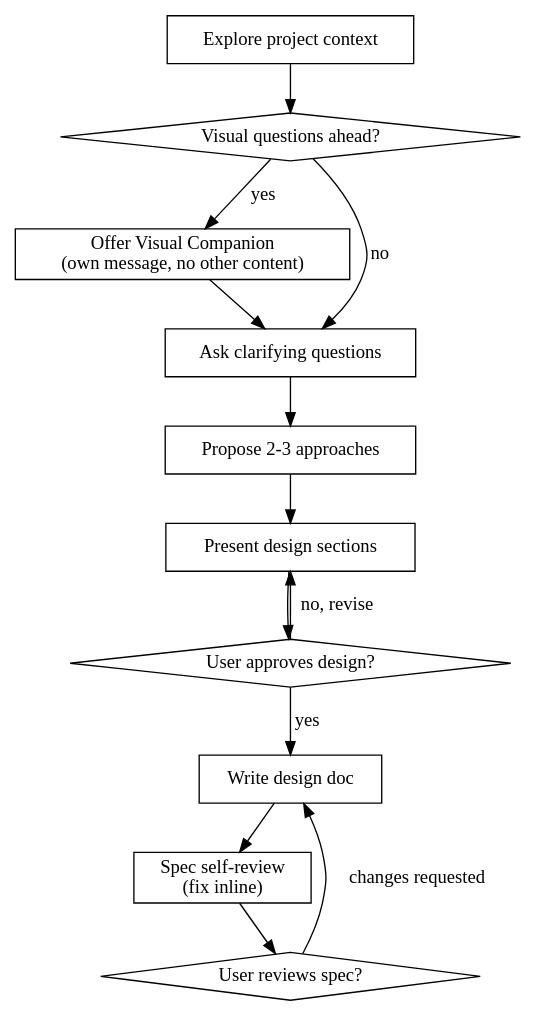
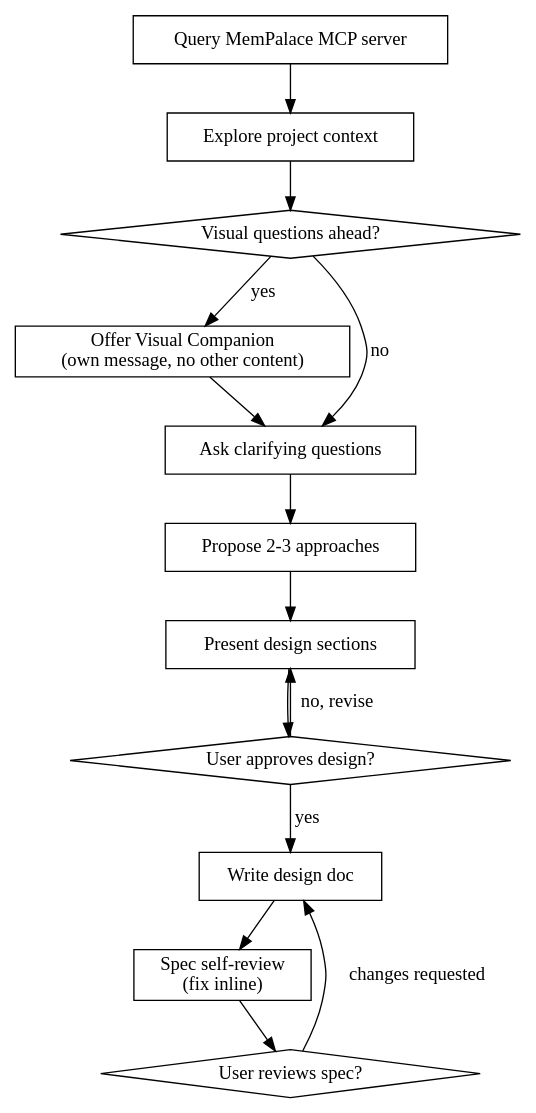
The diagram in .agents/skills/brainstorming/SKILL.md (antoinezanardi/goat-it-web-admin), drawn with Graphviz before and after one commit. The commit also changed other lines of this file and 2 other files, not shown here.

````diff
--- a/.agents/skills/brainstorming/SKILL.md
+++ b/.agents/skills/brainstorming/SKILL.md
@@ -35,27 +36,29 @@
 ```dot
 digraph brainstorming {
+    "Query MemPalace MCP server" [shape=box];
     "Explore project context" [shape=box];
     "Visual questions ahead?" [shape=diamond];
     "Offer Visual Companion\n(own message, no other content)" [shape=box];
     "Ask clarifying questions" [shape=box];
     "Propose 2-3 approaches" [shape=box];
     "Present design sections" [shape=box];
     "User approves design?" [shape=diamond];
     "Write design doc" [shape=box];
     "Spec self-review\n(fix inline)" [shape=box];
     "User reviews spec?" [shape=diamond];
 
+    "Query MemPalace MCP server" -> "Explore project context";
     "Explore project context" -> "Visual questions ahead?";
     "Visual questions ahead?" -> "Offer Visual Companion\n(own message, no other content)" [label="yes"];
     "Visual questions ahead?" -> "Ask clarifying questions" [label="no"];
     "Offer Visual Companion\n(own message, no other content)" -> "Ask clarifying questions";
     "Ask clarifying questions" -> "Propose 2-3 approaches";
     "Propose 2-3 approaches" -> "Present design sections";
     "Present design sections" -> "User approves design?";
     "User approves design?" -> "Present design sections" [label="no, revise"];
     "User approves design?" -> "Write design doc" [label="yes"];
     "Write design doc" -> "Spec self-review\n(fix inline)";
     "Spec self-review\n(fix inline)" -> "User reviews spec?";
     "User reviews spec?" -> "Write design doc" [label="changes requested"];
 }
 ```
````
